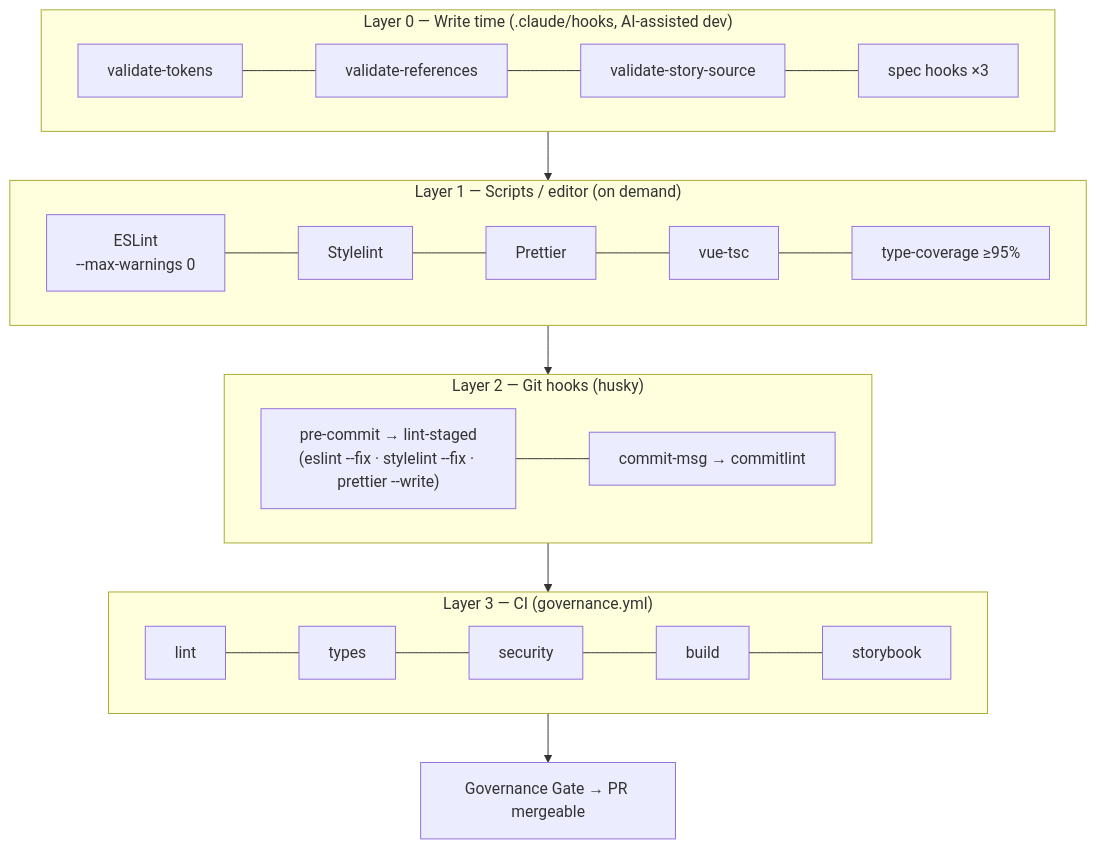
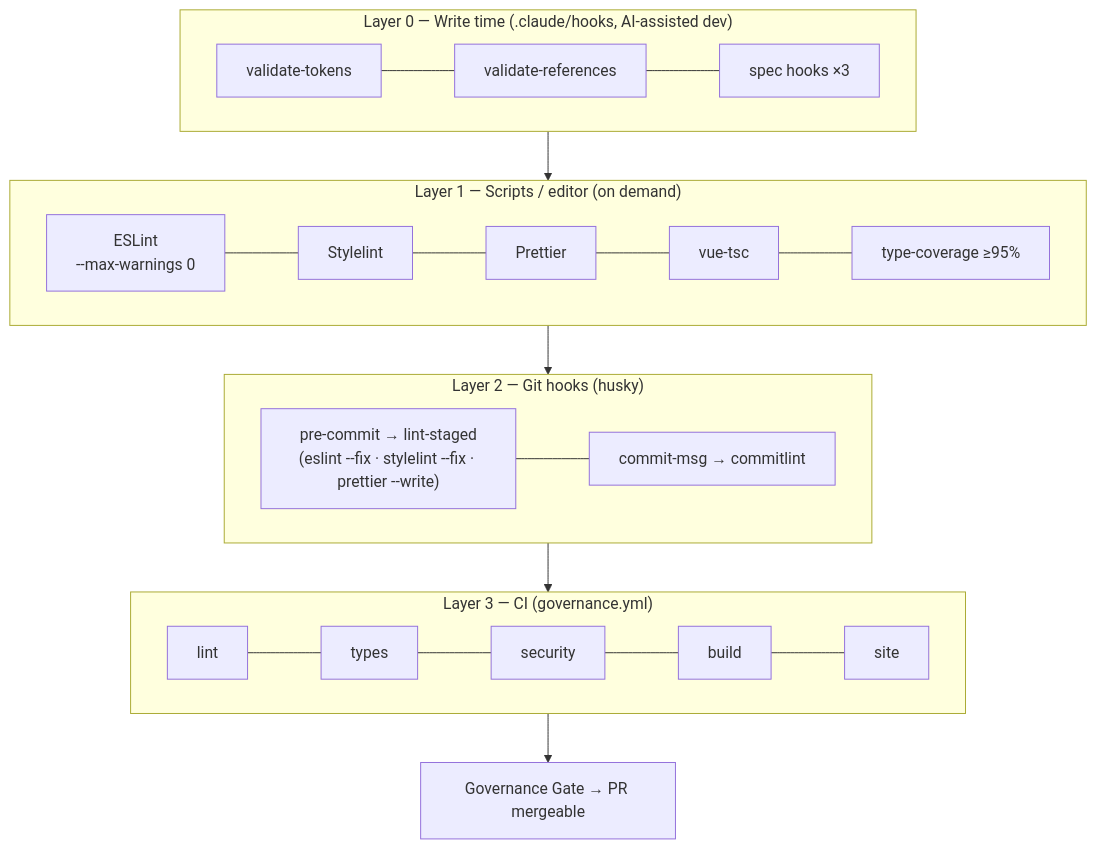
One commit to aziontech/webkit changed the first of 4 diagrams in .claude/docs/OVERVIEW_LINT.md. Above: the diagram before and after it, drawn with Mermaid. The commit also changed other lines of this file and 317 other files, not shown here.

Commit message:
docs: retire Storybook from specs, process docs and the spec constraints; rebuild catalog

````diff
--- a/.claude/docs/OVERVIEW_LINT.md
+++ b/.claude/docs/OVERVIEW_LINT.md
@@ -23,24 +23,24 @@
 ```mermaid
 flowchart TB
     subgraph L0["Layer 0 — Write time (.claude/hooks, AI-assisted dev)"]
         direction LR
-        H1["validate-tokens"] --- H2["validate-references"] --- H3["validate-story-source"] --- H4["spec hooks ×3"]
+        H1["validate-tokens"] --- H2["validate-references"] --- H4["spec hooks ×3"]
     end
 
     subgraph L1["Layer 1 — Scripts / editor (on demand)"]
         direction LR
         E1["ESLint<br/>--max-warnings 0"] --- E2["Stylelint"] --- E3["Prettier"] --- E4["vue-tsc"] --- E5["type-coverage ≥95%"]
     end
 
     subgraph L2["Layer 2 — Git hooks (husky)"]
         direction LR
         G1["pre-commit → lint-staged<br/>(eslint --fix · stylelint --fix · prettier --write)"] --- G2["commit-msg → commitlint"]
     end
 
     subgraph L3["Layer 3 — CI (governance.yml)"]
         direction LR
-        C1["lint"] --- C2["types"] --- C3["security"] --- C4["build"] --- C5["storybook"]
+        C1["lint"] --- C2["types"] --- C3["security"] --- C4["build"] --- C5["site"]
     end
 
     L0 --> L1 --> L2 --> L3 --> GATE["Governance Gate → PR mergeable"]
 ```
````
